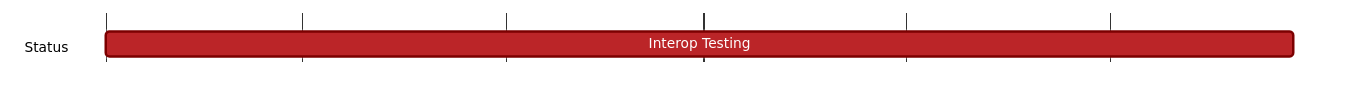
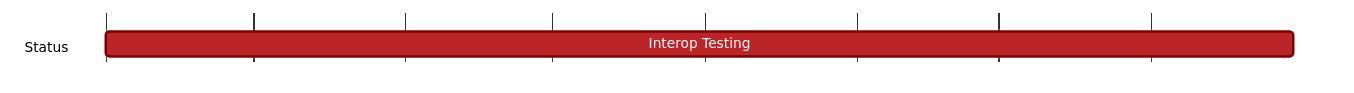
The diagram in content/vac/qa/g/waku/interop-testing.md (logos-co/roadmap), drawn with Mermaid before and after one commit.

````diff
--- a/content/vac/qa/g/waku/interop-testing.md
+++ b/content/vac/qa/g/waku/interop-testing.md
@@ -7,20 +7,20 @@
 ```mermaid
 %%{ 
   init: { 
     'theme': 'base', 
     'themeVariables': { 
       'primaryColor': '#BB2528', 
       'primaryTextColor': '#fff', 
       'primaryBorderColor': '#7C0000', 
       'lineColor': '#F8B229', 
       'secondaryColor': '#006100', 
       'tertiaryColor': '#fff' 
     } 
   } 
 }%%
 gantt
   tickInterval 1month
   dateFormat YYYY-MM-DD 
   section Status
-    Interop Testing:  2023-09-01, 2024-02-29
+    Interop Testing:  2023-09-01, 2024-04-30
 ```
````
